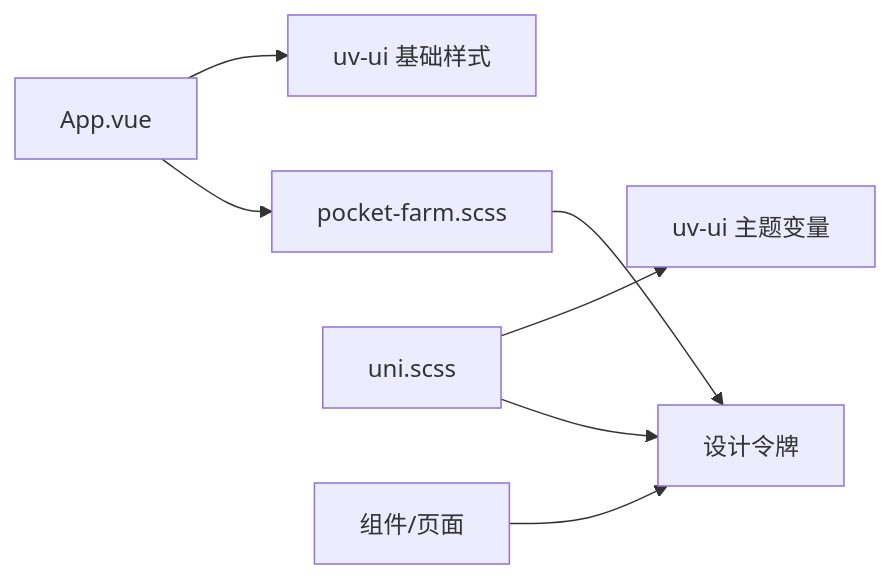
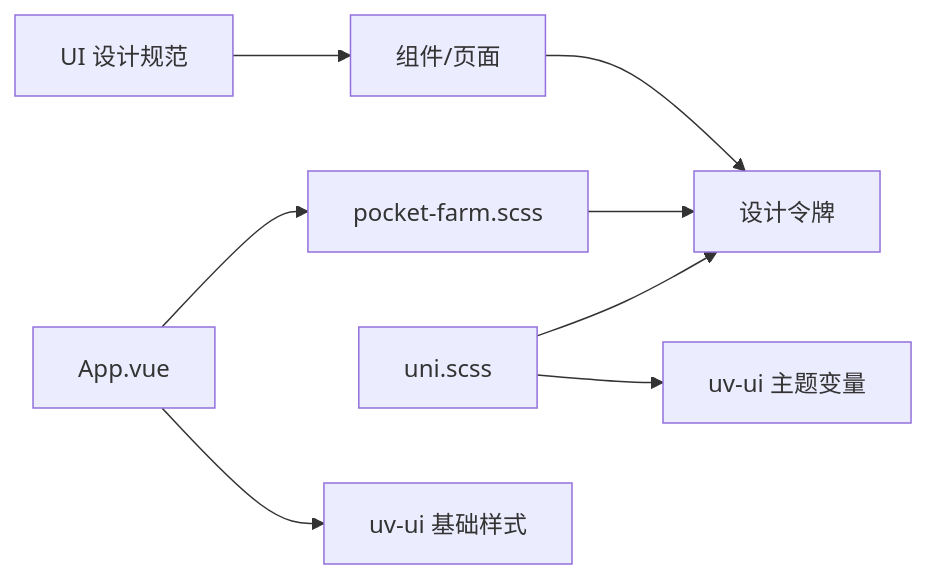
One commit to wungjyan/pocket-farm changed the sixth of 6 diagrams in .qoder/repowiki/zh/content/系统架构/前端架构/样式与主题.md. Above: the diagram before and after it, drawn with Mermaid. The commit also changed other lines of this file and 198 other files, not shown here.

````diff
--- a/.qoder/repowiki/zh/content/系统架构/前端架构/样式与主题.md
+++ b/.qoder/repowiki/zh/content/系统架构/前端架构/样式与主题.md
@@ -224,9 +319,10 @@
 ```mermaid
 graph LR
 App["App.vue"] --> UV["uv-ui 基础样式"]
 App --> PF["pocket-farm.scss"]
 Uni["uni.scss"] --> Theme["uv-ui 主题变量"]
 Uni --> Tokens["设计令牌"]
 PF --> Tokens
 Components["组件/页面"] --> Tokens
+Guidelines["UI 设计规范"] --> Components
 ```
````
